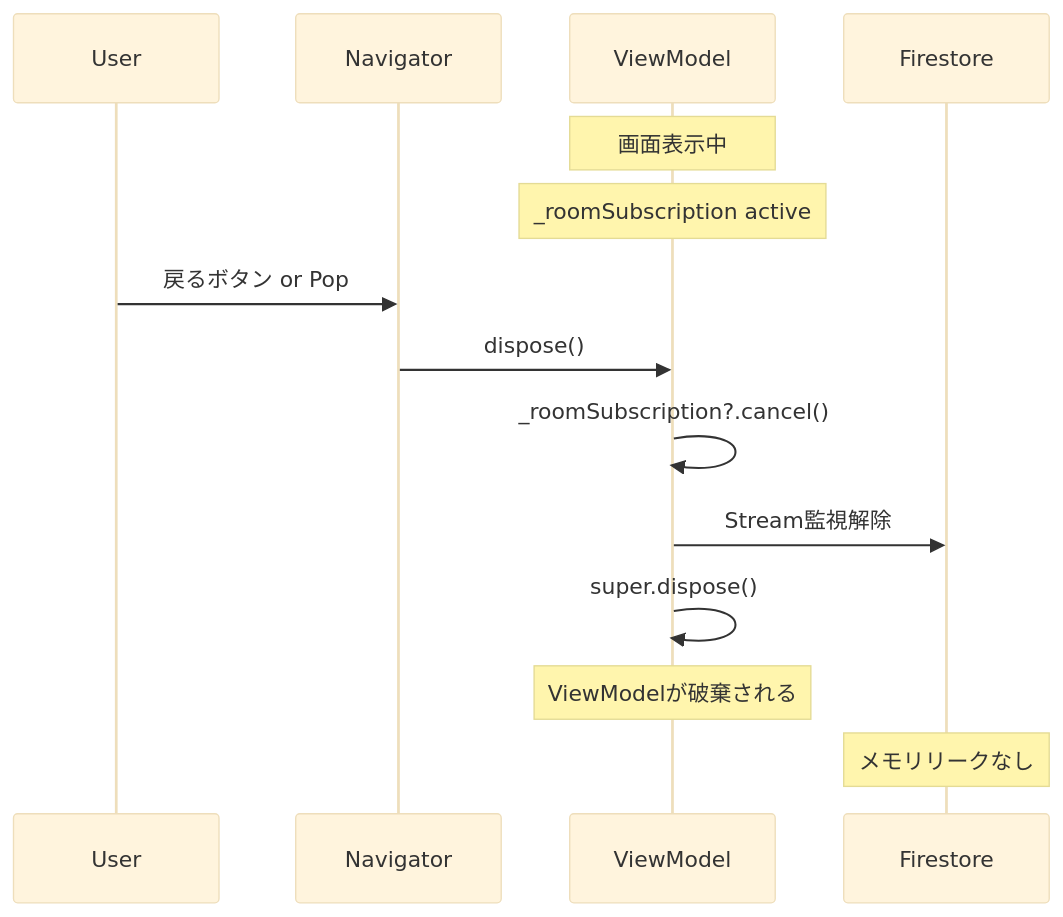
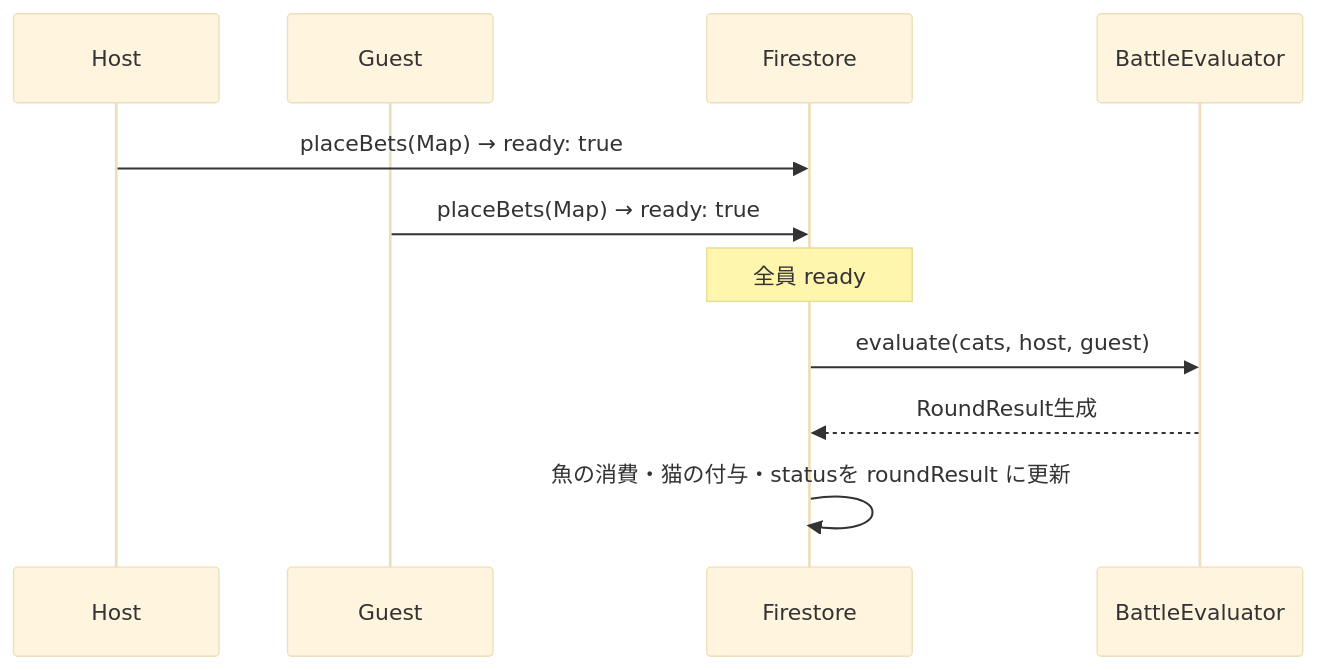
The fifth of 6 diagrams in docs/architecture/05_data_flow.md (YotaMomose/battle_for_the_cats), drawn with Mermaid (base theme) before and after one commit. The commit also changed other lines of this file and 5 other files, not shown here.

````diff
--- a/docs/architecture/05_data_flow.md
+++ b/docs/architecture/05_data_flow.md
@@ -455,21 +101,15 @@
 ```mermaid
 sequenceDiagram
-    participant U as User
-    participant Nav as Navigator
-    participant VM as ViewModel
+    participant H as Host
+    participant G as Guest
     participant FS as Firestore
+    participant BE as BattleEvaluator
     
-    Note over VM: 画面表示中
-    Note over VM: _roomSubscription active
+    H->>FS: placeBets(Map) → ready: true
+    G->>FS: placeBets(Map) → ready: true
     
-    U->>Nav: 戻るボタン or Pop
-    Nav->>VM: dispose()
-    
-    VM->>VM: _roomSubscription?.cancel()
-    VM->>FS: Stream監視解除
-    
-    VM->>VM: super.dispose()
-    
-    Note over VM: ViewModelが破棄される
-    Note over FS: メモリリークなし
+    Note over FS: 全員 ready
+    FS->>BE: evaluate(cats, host, guest)
+    BE-->>FS: RoundResult生成
+    FS->>FS: 魚の消費・猫の付与・statusを roundResult に更新
 ```
````
